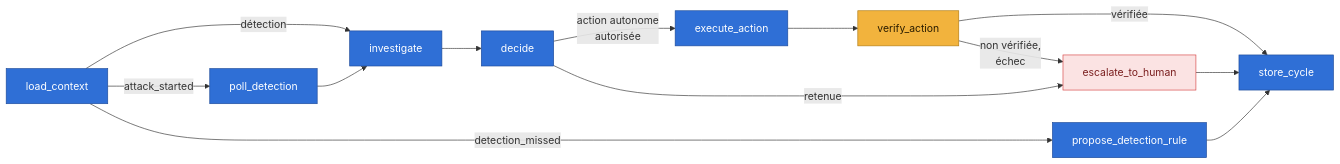
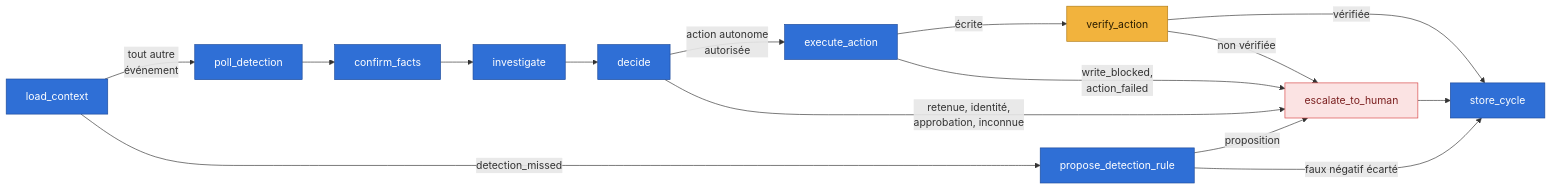
The fourth of 8 diagrams in docs/architecture.md (grootcyber/eregion), drawn with Mermaid before and after one commit. The commit also changed 8 other files, not shown here.

First line of the commit message:
docs: la doc dit le code — le cœur du README, le graphe de décision, une requête de processus vide, et pourquoi LangGraph sert d'enchaînement (DOC7, Ferme #989)

````diff
--- a/docs/architecture.md
+++ b/docs/architecture.md
@@ -191,21 +191,23 @@
 ```mermaid
 flowchart LR
-    LC["load_context"] -->|"attack_started"| PD["poll_detection"]
-    LC -->|"détection"| INV["investigate"]
+    LC["load_context"] -->|"tout autre<br/>événement"| PD["poll_detection"]
     LC -->|"detection_missed"| PDR["propose_detection_rule"]
-    PD --> INV
+    PD --> CF["confirm_facts"]
+    CF --> INV["investigate"]
     INV --> DEC["decide"]
     DEC -->|"action autonome<br/>autorisée"| EX["execute_action"]
-    EX --> VA["verify_action"]
+    DEC -->|"retenue, identité,<br/>approbation, inconnue"| ESC["escalate_to_human"]
+    EX -->|"écrite"| VA["verify_action"]
+    EX -->|"write_blocked,<br/>action_failed"| ESC
     VA -->|"vérifiée"| SC["store_cycle"]
-    VA -->|"non vérifiée,<br/>échec"| ESC["escalate_to_human"]
-    DEC -->|"retenue"| ESC
+    VA -->|"non vérifiée"| ESC
+    PDR -->|"proposition"| ESC
+    PDR -->|"faux négatif écarté"| SC
     ESC --> SC
-    PDR --> SC
     classDef blue fill:#2f6fd6,stroke:#1d4a9a,color:#ffffff
     classDef guard fill:#f2b33d,stroke:#b07a12,color:#2b1d00
     classDef warn fill:#fbe3e3,stroke:#d64545,color:#7a1f1f
-    class LC,PD,INV,DEC,EX,SC,PDR blue
+    class LC,PD,CF,INV,DEC,EX,SC,PDR blue
     class VA guard
     class ESC warn
 ```
````
